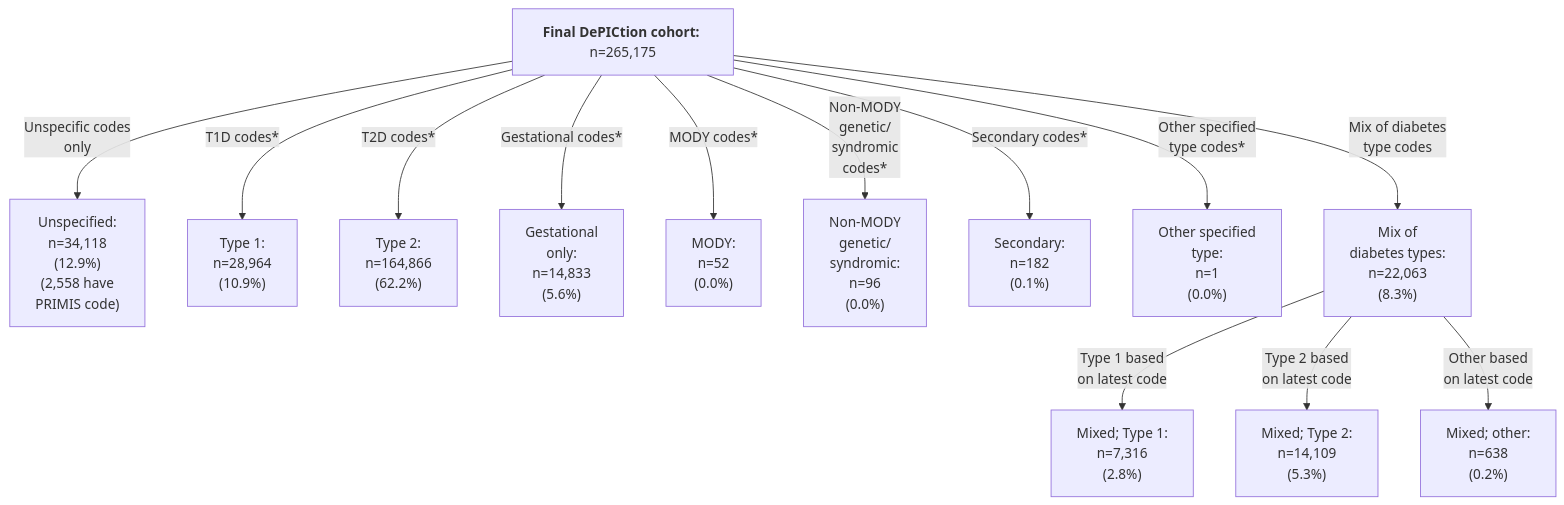
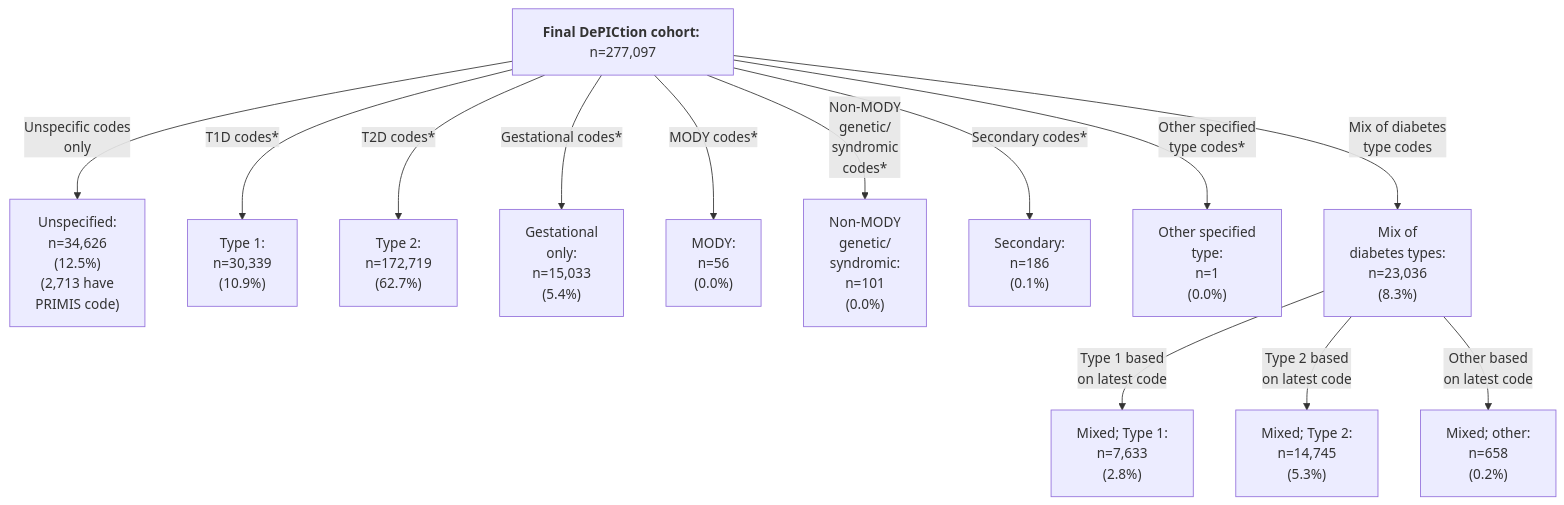
Before and after one commit to Exeter-Diabetes/CPRD-Katie-DePICtion-Scripts: the second of 4 diagrams in README.md, drawn with Mermaid. The commit also changed other lines of this file, not shown here.

````diff
--- a/README.md
+++ b/README.md
@@ -49,15 +49,15 @@
 ```mermaid
 graph TD;
-    G["<b>Final DePICtion cohort:</b> n=265,175"] --> |"Unspecific codes<br>only"| H["Unspecified: <br>n=34,118<br>(12.9%)<br>(2,558 have<br>PRIMIS code)"]
-    G --> |"T1D codes*"| I["Type 1: <br>n=28,964<br>(10.9%)"]
-    G --> |"T2D codes*"| J["Type 2: <br>n=164,866<br>(62.2%)"]
-    G --> |"Gestational codes*"| K["Gestational <br>only: <br>n=14,833<br>(5.6%)"]
-    G --> |"MODY codes*"| L["MODY: <br>n=52<br>(0.0%)"]
-    G --> |"Non-MODY <br>genetic/<br>syndromic <br>codes*"| M["Non-MODY <br>genetic/<br>syndromic: <br>n=96<br>(0.0%)"]
-    G --> |"Secondary codes*"| N["Secondary: <br>n=182<br>(0.1%)"]
+    G["<b>Final DePICtion cohort:</b> n=277,097"] --> |"Unspecific codes<br>only"| H["Unspecified: <br>n=34,626<br>(12.5%)<br>(2,713 have<br>PRIMIS code)"]
+    G --> |"T1D codes*"| I["Type 1: <br>n=30,339<br>(10.9%)"]
+    G --> |"T2D codes*"| J["Type 2: <br>n=172,719<br>(62.7%)"]
+    G --> |"Gestational codes*"| K["Gestational <br>only: <br>n=15,033<br>(5.4%)"]
+    G --> |"MODY codes*"| L["MODY: <br>n=56<br>(0.0%)"]
+    G --> |"Non-MODY <br>genetic/<br>syndromic <br>codes*"| M["Non-MODY <br>genetic/<br>syndromic: <br>n=101<br>(0.0%)"]
+    G --> |"Secondary codes*"| N["Secondary: <br>n=186<br>(0.1%)"]
     G --> |"Other specified<br>type codes*"| P["Other specified<br>type: <br>n=1<br>(0.0%)"]  
-    G --> |"Mix of diabetes<br>type codes"| Q["Mix of<br>diabetes types: <br>n=22,063<br>(8.3%)"]
-    Q --> |"Type 1 based<br>on latest code"| R["Mixed; Type 1: <br>n=7,316<br>(2.8%)"]
-    Q --> |"Type 2 based<br>on latest code"| S["Mixed; Type 2: <br>n=14,109<br>(5.3%)"]
-    Q --> |"Other based<br>on latest code"| T["Mixed; other: <br>n=638<br>(0.2%)"]
+    G --> |"Mix of diabetes<br>type codes"| Q["Mix of<br>diabetes types: <br>n=23,036<br>(8.3%)"]
+    Q --> |"Type 1 based<br>on latest code"| R["Mixed; Type 1: <br>n=7,633<br>(2.8%)"]
+    Q --> |"Type 2 based<br>on latest code"| S["Mixed; Type 2: <br>n=14,745<br>(5.3%)"]
+    Q --> |"Other based<br>on latest code"| T["Mixed; other: <br>n=658<br>(0.2%)"]
 ```
````
